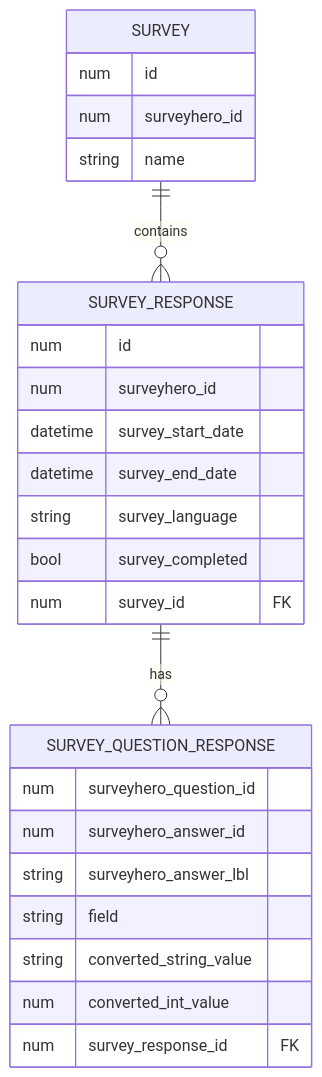
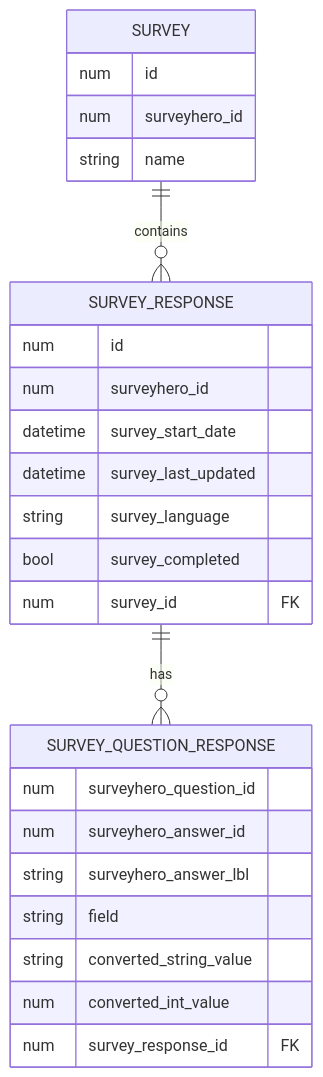
Before and after one commit to statikbe/laravel-surveyhero: the diagram in README.md, drawn with Mermaid. The commit also changed 17 other files, not shown here.

````diff
--- a/README.md
+++ b/README.md
@@ -47,29 +47,29 @@
 ``` mermaid
 erDiagram
 SURVEY {
     num id
     num surveyhero_id
     string name
     
 }
 SURVEY_RESPONSE {
     num id
     num surveyhero_id
     datetime survey_start_date
-    datetime survey_end_date
+    datetime survey_last_updated
     string survey_language
     bool survey_completed
     num survey_id FK
 }
 SURVEY_QUESTION_RESPONSE {
     num surveyhero_question_id
     num surveyhero_answer_id
     string surveyhero_answer_lbl
     string field
     string converted_string_value
     num converted_int_value
     num survey_response_id FK
 }
 SURVEY ||--o{ SURVEY_RESPONSE : contains
 SURVEY_RESPONSE ||--o{ SURVEY_QUESTION_RESPONSE : has
 ```
````
